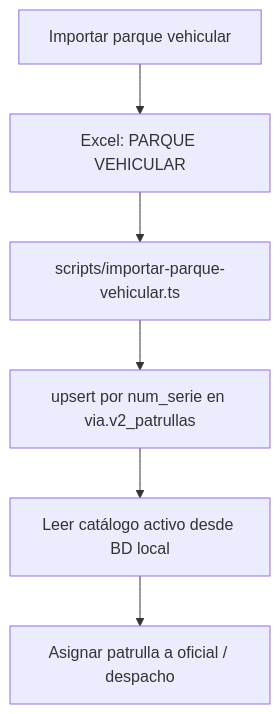
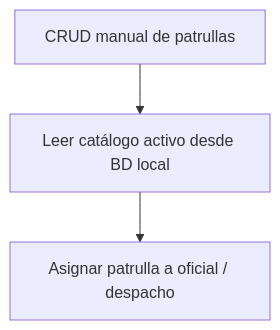
The diagram in boveda/🧩 Features/Flota.md (CESARBR2025/sentinel-qa), drawn with Mermaid before and after one commit. The commit also changed other lines of this file and 48 other files, not shown here.

````diff
--- a/boveda/🧩 Features/Flota.md
+++ b/boveda/🧩 Features/Flota.md
@@ -9,8 +9,5 @@
 ```mermaid
 flowchart TD
-    A[Importar parque vehicular] --> B[Excel: PARQUE VEHICULAR]
-    B --> C[scripts/importar-parque-vehicular.ts]
-    C --> D[upsert por num_serie en via.v2_patrullas]
-    D --> E[Leer catálogo activo desde BD local]
-    E --> F[Asignar patrulla a oficial / despacho]
+    A[CRUD manual de patrullas] --> D[Leer catálogo activo desde BD local]
+    D --> E[Asignar patrulla a oficial / despacho]
 ```
````
